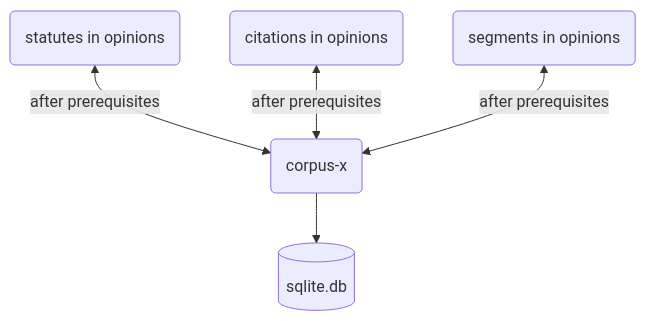
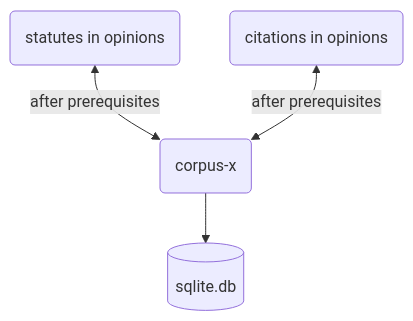
Before and after one commit to justmars/corpus-x: the third of 5 diagrams in README.md, drawn with Mermaid. The commit also changed other lines of this file and 11 other files, not shown here.

````diff
--- a/README.md
+++ b/README.md
@@ -29,7 +29,6 @@
 ```mermaid
 flowchart TD
 op_stat(statutes in opinions)<--after prerequisites-->x
 op_cite(citations in opinions)<--after prerequisites-->x
-op_seg(segments in opinions)<--after prerequisites-->x
 x(corpus-x)-->db[(sqlite.db)]
 ```
````
